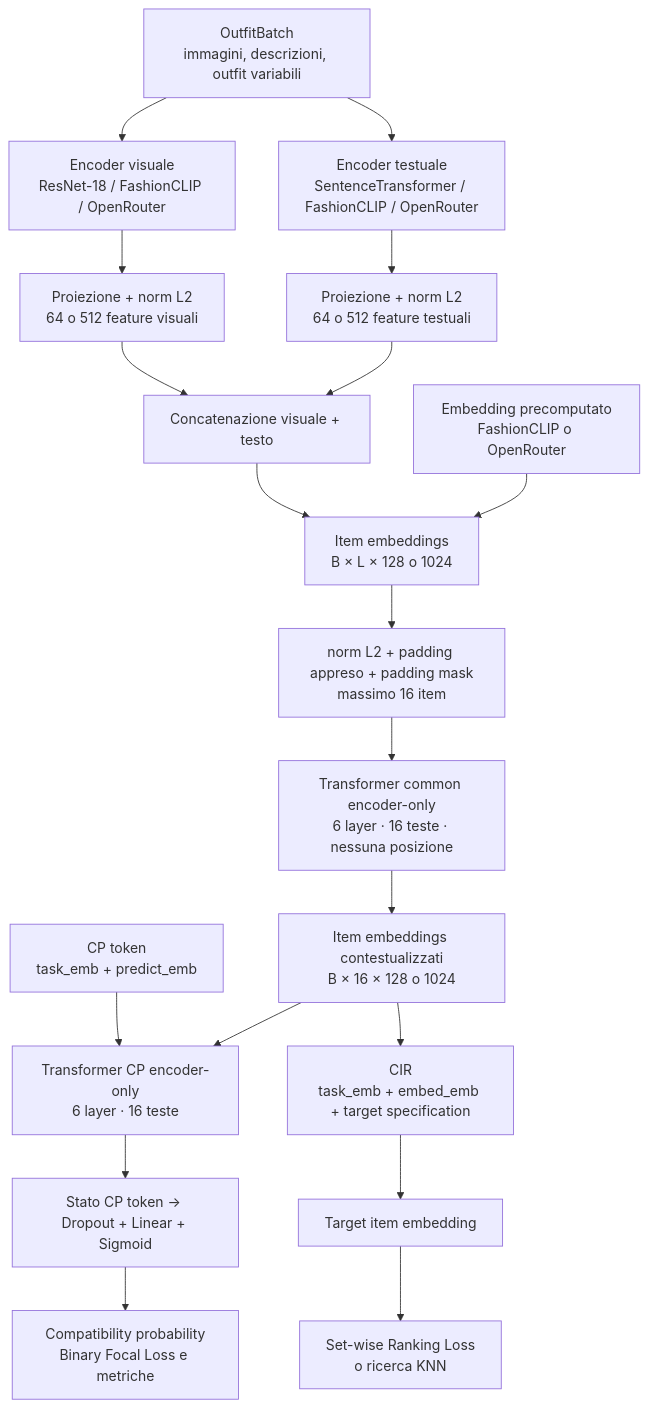
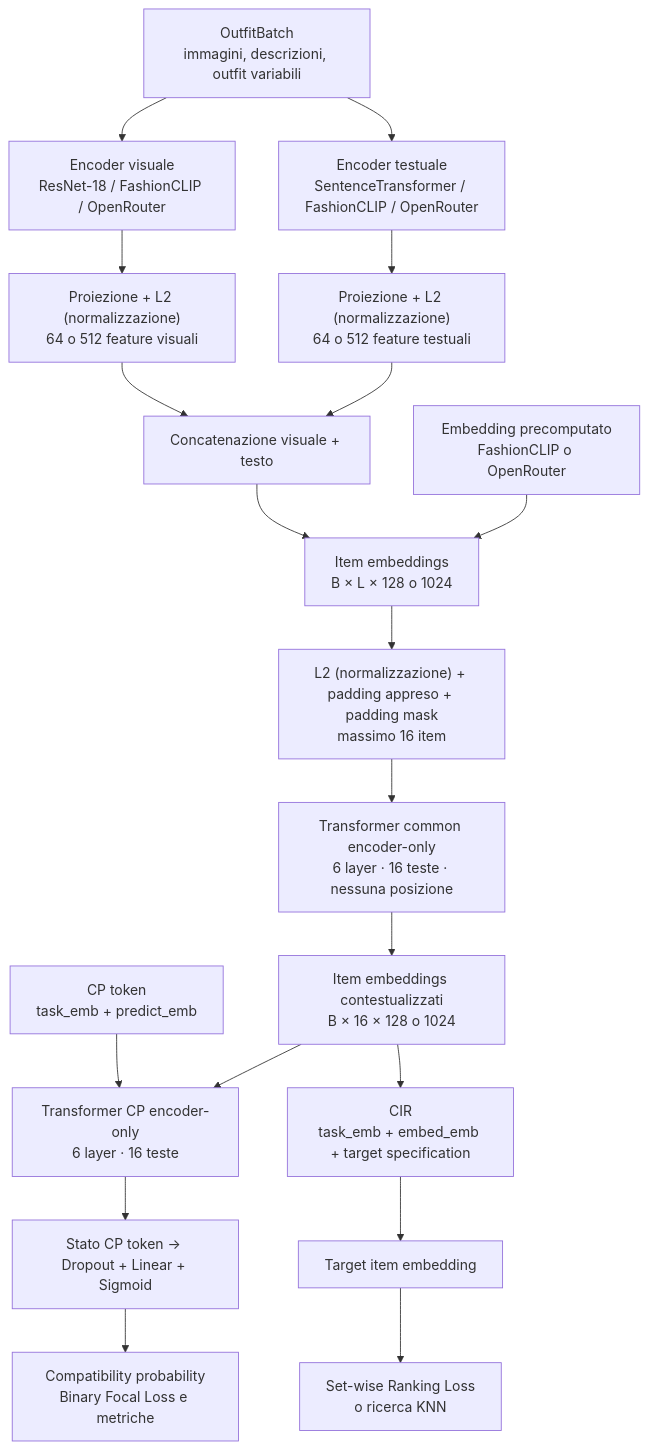
Before and after one commit to FlorindoDev/OutfitTransformer: the diagram in README.md, drawn with Mermaid. The commit also changed other lines of this file and 13 other files, not shown here.

````diff
--- a/README.md
+++ b/README.md
@@ -41,28 +41,28 @@
 ```mermaid
 flowchart TD
     A["OutfitBatch<br/>immagini, descrizioni, outfit variabili"]
 
     A --> B["Encoder visuale<br/>ResNet-18 / FashionCLIP / OpenRouter"]
     A --> C["Encoder testuale<br/>SentenceTransformer / FashionCLIP / OpenRouter"]
 
-    B --> D["Proiezione + norm L2<br/>64 o 512 feature visuali"]
-    C --> E["Proiezione + norm L2<br/>64 o 512 feature testuali"]
+    B --> D["Proiezione + L2 (normalizzazione)<br/>64 o 512 feature visuali"]
+    C --> E["Proiezione + L2 (normalizzazione)<br/>64 o 512 feature testuali"]
 
     D --> F["Concatenazione visuale + testo"]
     E --> F
 
     F --> G["Item embeddings<br/>B × L × 128 o 1024"]
     P["Embedding precomputato<br/>FashionCLIP o OpenRouter"] --> G
-    G --> H["norm L2 + padding appreso + padding mask<br/>massimo 16 item"]
+    G --> H["L2 (normalizzazione) + padding appreso + padding mask<br/>massimo 16 item"]
     H --> I["Transformer common encoder-only<br/>6 layer · 16 teste · nessuna posizione"]
     I --> J["Item embeddings contestualizzati<br/>B × 16 × 128 o 1024"]
 
     K["CP token<br/>task_emb + predict_emb"] --> L["Transformer CP encoder-only<br/>6 layer · 16 teste"]
     J --> L
     L --> M["Stato CP token → Dropout + Linear + Sigmoid"]
     M --> N["Compatibility probability<br/>Binary Focal Loss e metriche"]
 
     J --> O["CIR<br/>task_emb + embed_emb + target specification"]
     O --> Q["Target item embedding"]
     Q --> R["Set-wise Ranking Loss<br/>o ricerca KNN"]
 ```
````
